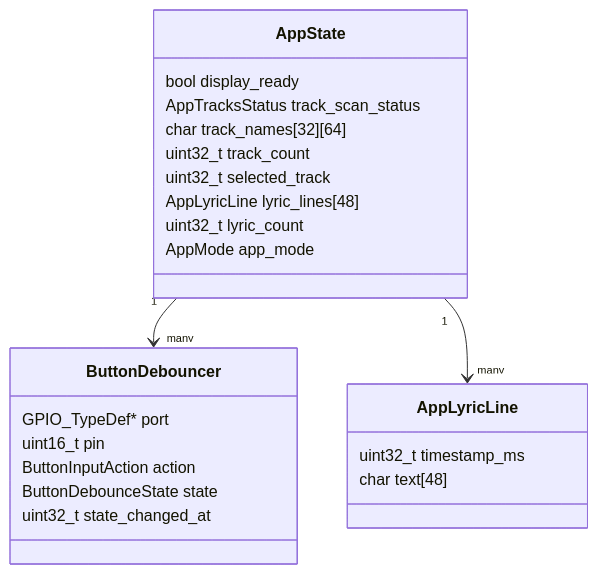
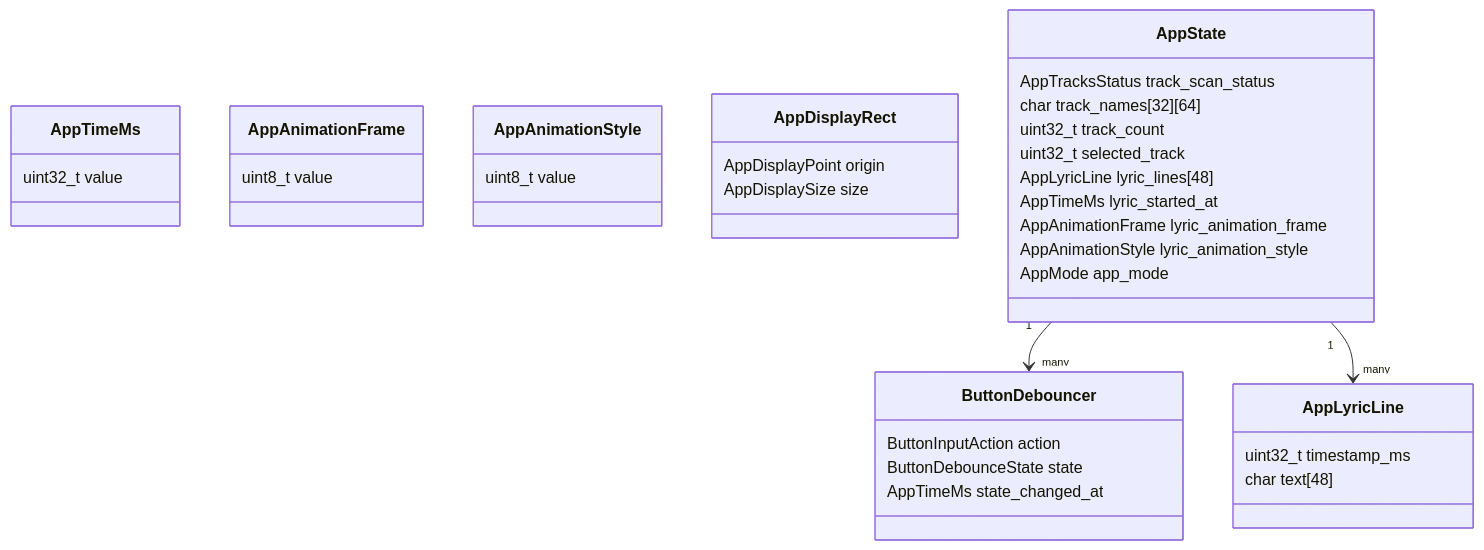
Before and after one commit to oscarsg29/lyrics_display: diagram 11 of 11 in AGENTS.md, drawn with Mermaid. The commit also changed other lines of this file and 22 other files, not shown here.

Commit message:
Isolate app architecture and harden display startup

````diff
--- a/AGENTS.md
+++ b/AGENTS.md
@@ -491,29 +571,45 @@
 ```mermaid
 classDiagram
     class ButtonDebouncer {
-        GPIO_TypeDef* port
-        uint16_t pin
         ButtonInputAction action
         ButtonDebounceState state
-        uint32_t state_changed_at
+        AppTimeMs state_changed_at
+    }
+
+    class AppTimeMs {
+        uint32_t value
+    }
+
+    class AppAnimationFrame {
+        uint8_t value
+    }
+
+    class AppAnimationStyle {
+        uint8_t value
+    }
+
+    class AppDisplayRect {
+        AppDisplayPoint origin
+        AppDisplaySize size
     }
 
     class AppLyricLine {
         uint32_t timestamp_ms
         char text[48]
     }
 
     class AppState {
-        bool display_ready
         AppTracksStatus track_scan_status
         char track_names[32][64]
         uint32_t track_count
         uint32_t selected_track
         AppLyricLine lyric_lines[48]
-        uint32_t lyric_count
+        AppTimeMs lyric_started_at
+        AppAnimationFrame lyric_animation_frame
+        AppAnimationStyle lyric_animation_style
         AppMode app_mode
     }
 
     AppState "1" --> "many" ButtonDebouncer
     AppState "1" --> "many" AppLyricLine
 ```
````
